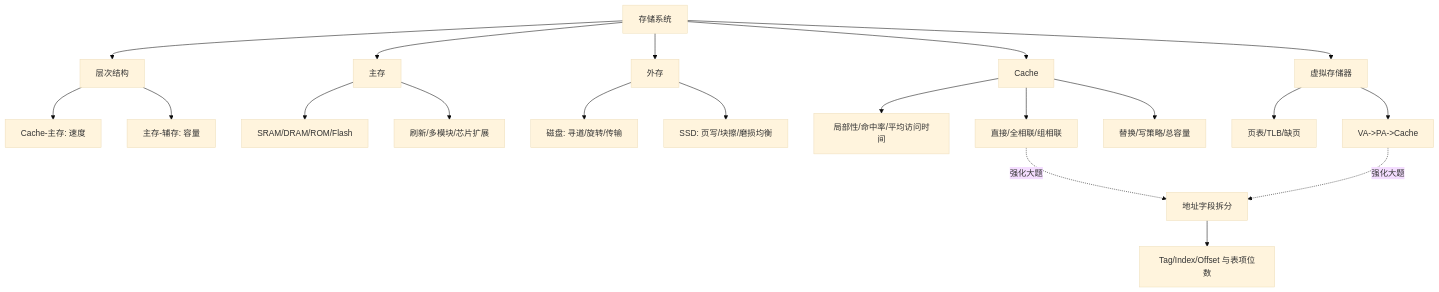
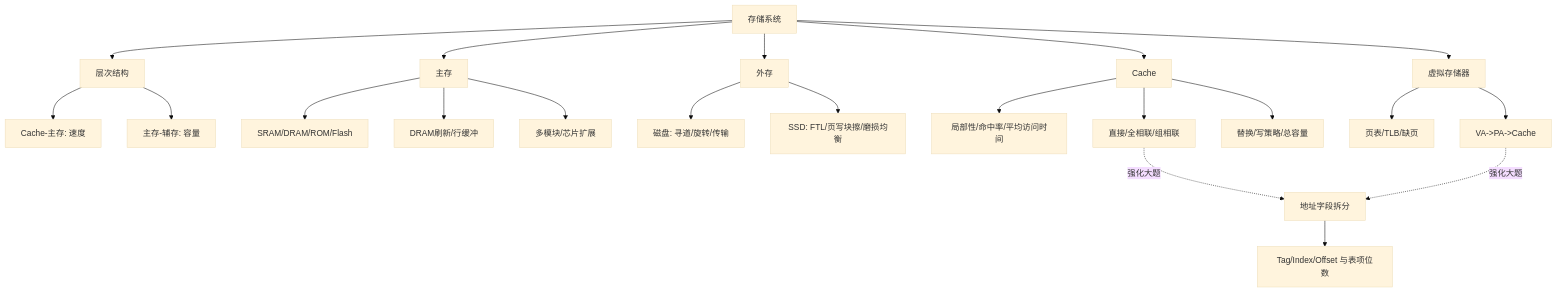
One commit to Cthaat/Obsidian changed the diagram in 408/408考研笔记/计算机组成原理/03-存储系统.md. Above: the diagram before and after it, drawn with Mermaid (base theme). The commit also changed other lines of this file and 129 other files, not shown here.

````diff
--- a/408/408考研笔记/计算机组成原理/03-存储系统.md
+++ b/408/408考研笔记/计算机组成原理/03-存储系统.md
@@ -33,22 +34,23 @@
 ```mermaid
 graph TD
   A[存储系统] --> B[层次结构]
   B --> B1[Cache-主存: 速度]
   B --> B2[主存-辅存: 容量]
   A --> C[主存]
   C --> C1[SRAM/DRAM/ROM/Flash]
-  C --> C2[刷新/多模块/芯片扩展]
+  C --> C2[DRAM刷新/行缓冲]
+  C --> C3[多模块/芯片扩展]
   A --> D[外存]
   D --> D1[磁盘: 寻道/旋转/传输]
-  D --> D2[SSD: 页写/块擦/磨损均衡]
+  D --> D2[SSD: FTL/页写块擦/磨损均衡]
   A --> E[Cache]
   E --> E1[局部性/命中率/平均访问时间]
   E --> E2[直接/全相联/组相联]
   E --> E3[替换/写策略/总容量]
   A --> F[虚拟存储器]
   F --> F1[页表/TLB/缺页]
   F --> F2[VA->PA->Cache]
   E2 -. 强化大题 .-> G[地址字段拆分]
   F2 -. 强化大题 .-> G
   G --> H[Tag/Index/Offset 与表项位数]
 ```
````
